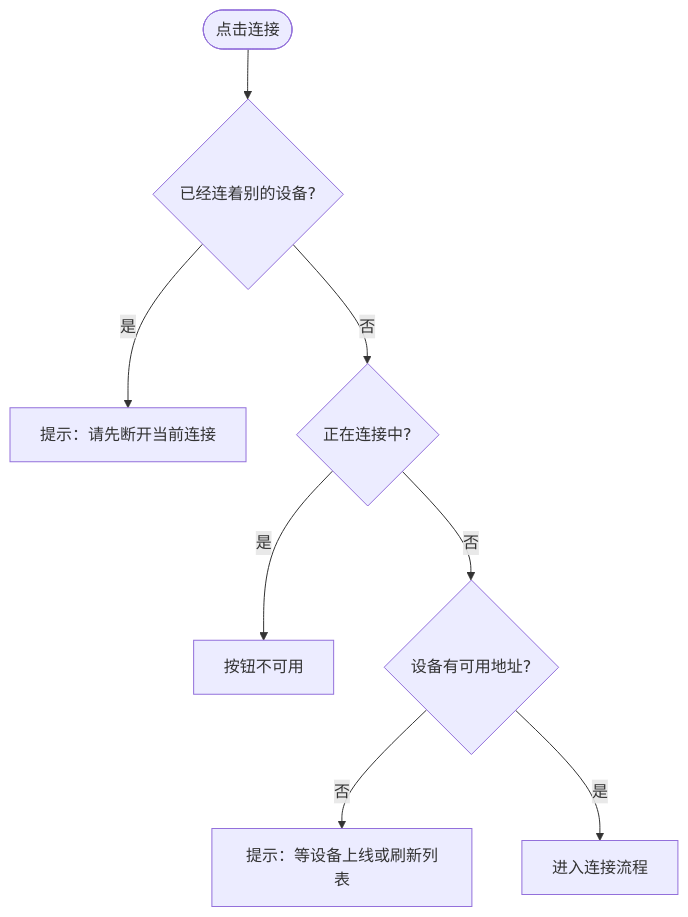
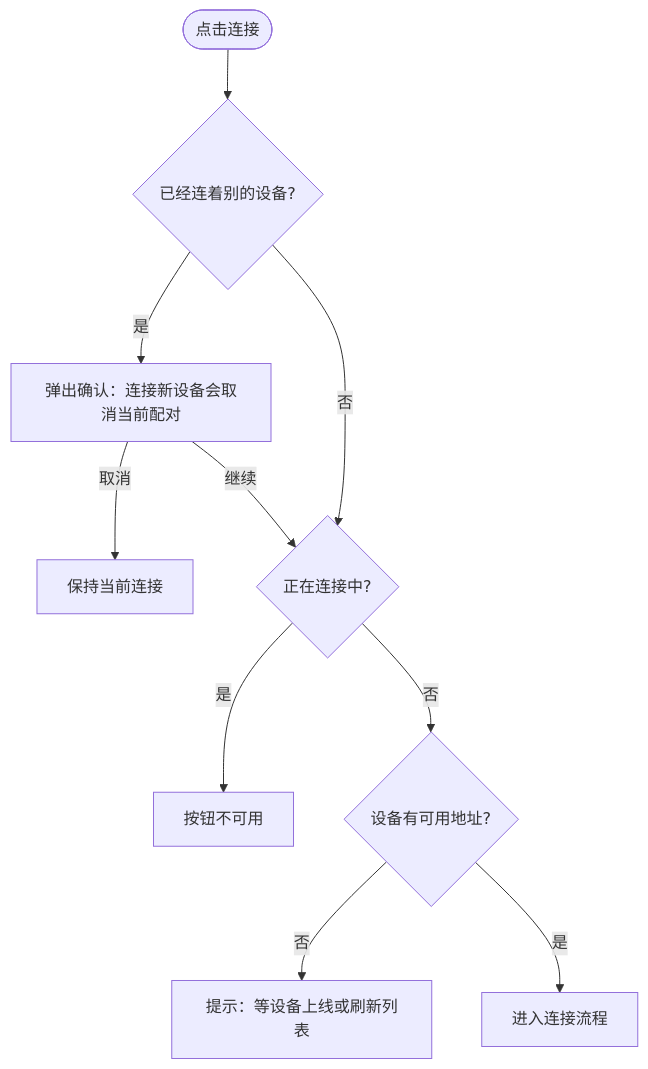
The second of 5 diagrams in CONNECTION.md (planarcat/planarclip), drawn with Mermaid before and after one commit. The commit also changed other lines of this file and 7 other files, not shown here.

````diff
--- a/CONNECTION.md
+++ b/CONNECTION.md
@@ -114,10 +113,12 @@
 ```mermaid
 flowchart TD
   Start([点击连接]) --> Q1{已经连着别的设备?}
-  Q1 -->|是| Block1[提示：请先断开当前连接]
+  Q1 -->|是| Confirm[弹出确认：连接新设备会取消当前配对]
+  Confirm -->|取消| Cancel[保持当前连接]
+  Confirm -->|继续| Q2
   Q1 -->|否| Q2{正在连接中?}
   Q2 -->|是| Block2[按钮不可用]
   Q2 -->|否| Q3{设备有可用地址?}
   Q3 -->|否| Block3[提示：等设备上线或刷新列表]
   Q3 -->|是| Go[进入连接流程]
 ```
````
